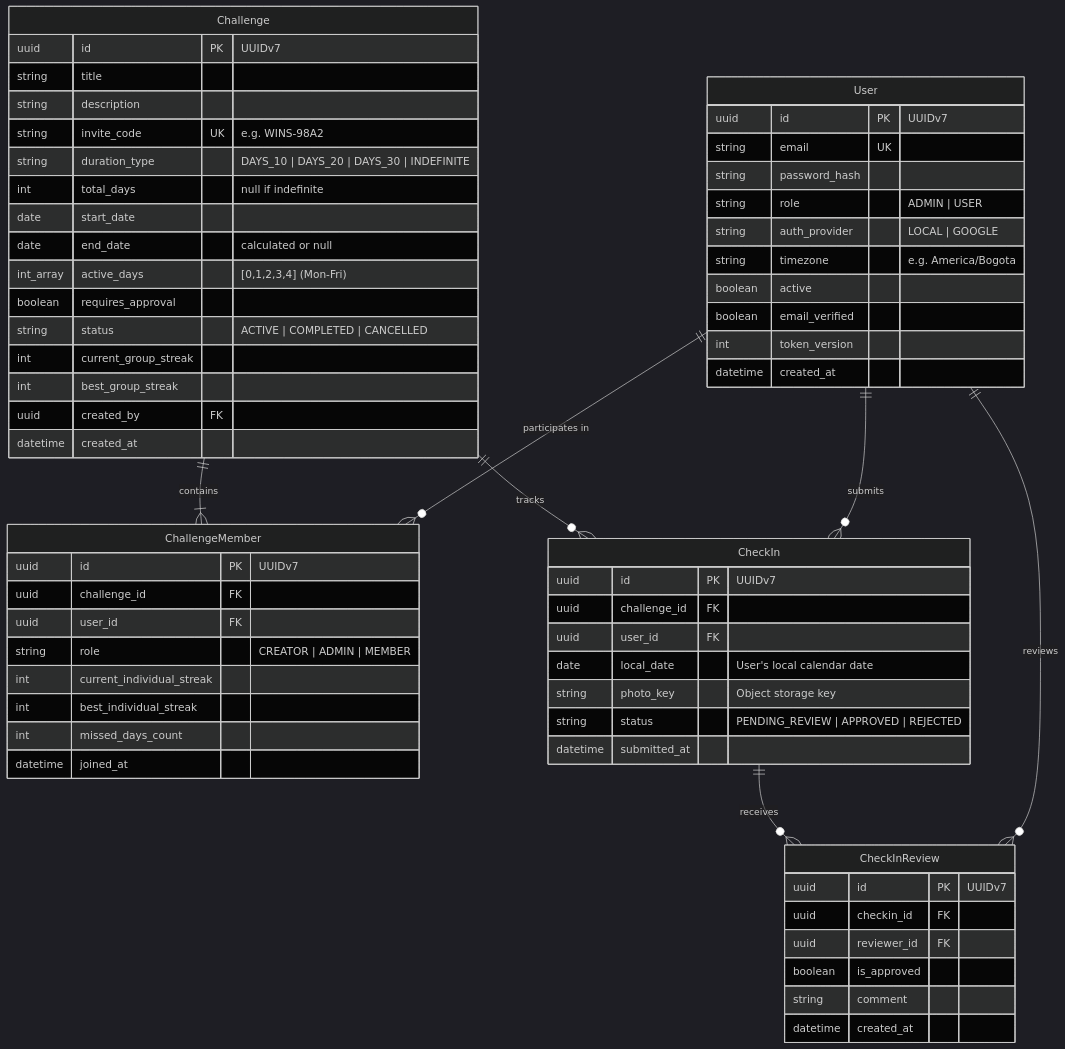
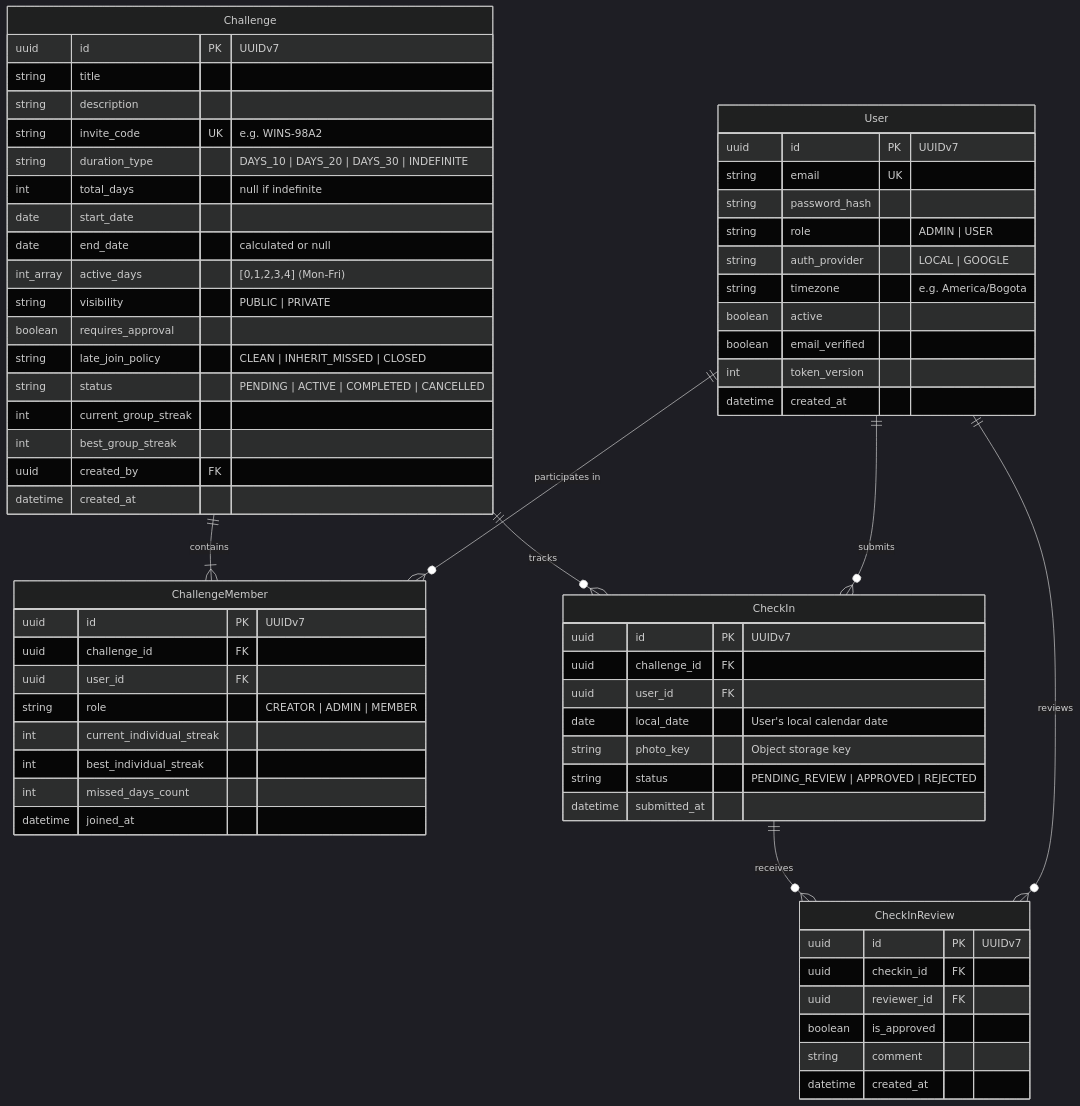
The diagram in README.md (jcamilodev-py/WhoWins), drawn with Mermaid (dark theme) before and after one commit.

Commit message:
docs(readme): document visibility, late join policy and pending status

````diff
--- a/README.md
+++ b/README.md
@@ -75,70 +75,72 @@
 ```mermaid
 erDiagram
     User ||--o{ ChallengeMember : "participates in"
     User ||--o{ CheckIn : "submits"
     User ||--o{ CheckInReview : "reviews"
     Challenge ||--|{ ChallengeMember : "contains"
     Challenge ||--o{ CheckIn : "tracks"
     CheckIn ||--o{ CheckInReview : "receives"
 
     User {
         uuid id PK "UUIDv7"
         string email UK
         string password_hash
         string role "ADMIN | USER"
         string auth_provider "LOCAL | GOOGLE"
         string timezone "e.g. America/Bogota"
         boolean active
         boolean email_verified
         int token_version
         datetime created_at
     }
 
     Challenge {
         uuid id PK "UUIDv7"
         string title
         string description
         string invite_code UK "e.g. WINS-98A2"
         string duration_type "DAYS_10 | DAYS_20 | DAYS_30 | INDEFINITE"
         int total_days "null if indefinite"
         date start_date
         date end_date "calculated or null"
         int_array active_days "[0,1,2,3,4] (Mon-Fri)"
+        string visibility "PUBLIC | PRIVATE"
         boolean requires_approval
-        string status "ACTIVE | COMPLETED | CANCELLED"
+        string late_join_policy "CLEAN | INHERIT_MISSED | CLOSED"
+        string status "PENDING | ACTIVE | COMPLETED | CANCELLED"
         int current_group_streak
         int best_group_streak
         uuid created_by FK
         datetime created_at
     }
 
     ChallengeMember {
         uuid id PK "UUIDv7"
         uuid challenge_id FK
         uuid user_id FK
         string role "CREATOR | ADMIN | MEMBER"
         int current_individual_streak
         int best_individual_streak
         int missed_days_count
         datetime joined_at
     }
 
     CheckIn {
         uuid id PK "UUIDv7"
         uuid challenge_id FK
         uuid user_id FK
         date local_date "User's local calendar date"
         string photo_key "Object storage key"
         string status "PENDING_REVIEW | APPROVED | REJECTED"
         datetime submitted_at
     }
 
     CheckInReview {
         uuid id PK "UUIDv7"
         uuid checkin_id FK
         uuid reviewer_id FK
         boolean is_approved
         string comment
         datetime created_at
     }
 ```
````
